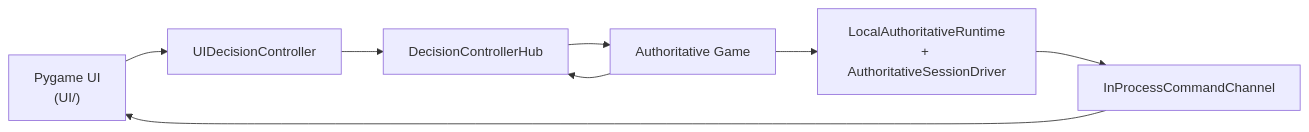
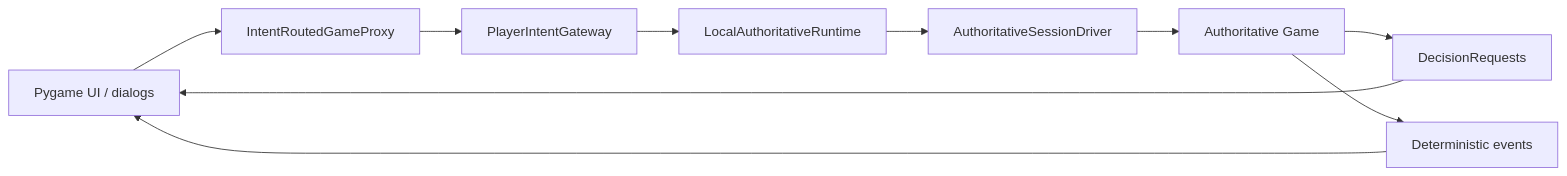
The second of 5 diagrams in docs/ARCHITECTURE.md (SobolGaming/Warhammer40k_AI), drawn with Mermaid before and after one commit. The commit also changed other lines of this file and 13 other files, not shown here.

Commit message:
Add terrain-aware deployment affordance scoring and architecture diagrams

````diff
--- a/docs/ARCHITECTURE.md
+++ b/docs/ARCHITECTURE.md
@@ -54,10 +54,12 @@
 ```mermaid
 flowchart LR
-  UI["Pygame UI<br/>(UI/)"] --> UIDC["UIDecisionController"]
-  UIDC --> Hub["DecisionControllerHub"]
-  Hub --> Game["Authoritative Game"]
-  Game --> Hub
-  Game --> Runtime["LocalAuthoritativeRuntime<br/>+ AuthoritativeSessionDriver"]
-  Runtime --> Channel["InProcessCommandChannel"]
-  Channel --> UI
+  UI["Pygame UI / dialogs"] --> Proxy["IntentRoutedGameProxy"]
+  Proxy --> Gateway["PlayerIntentGateway"]
+  Gateway --> Runtime["LocalAuthoritativeRuntime"]
+  Runtime --> Driver["AuthoritativeSessionDriver"]
+  Driver --> Game["Authoritative Game"]
+  Game --> Decisions["DecisionRequests"]
+  Decisions --> UI
+  Game --> Events["Deterministic events"]
+  Events --> UI
 ```
````
